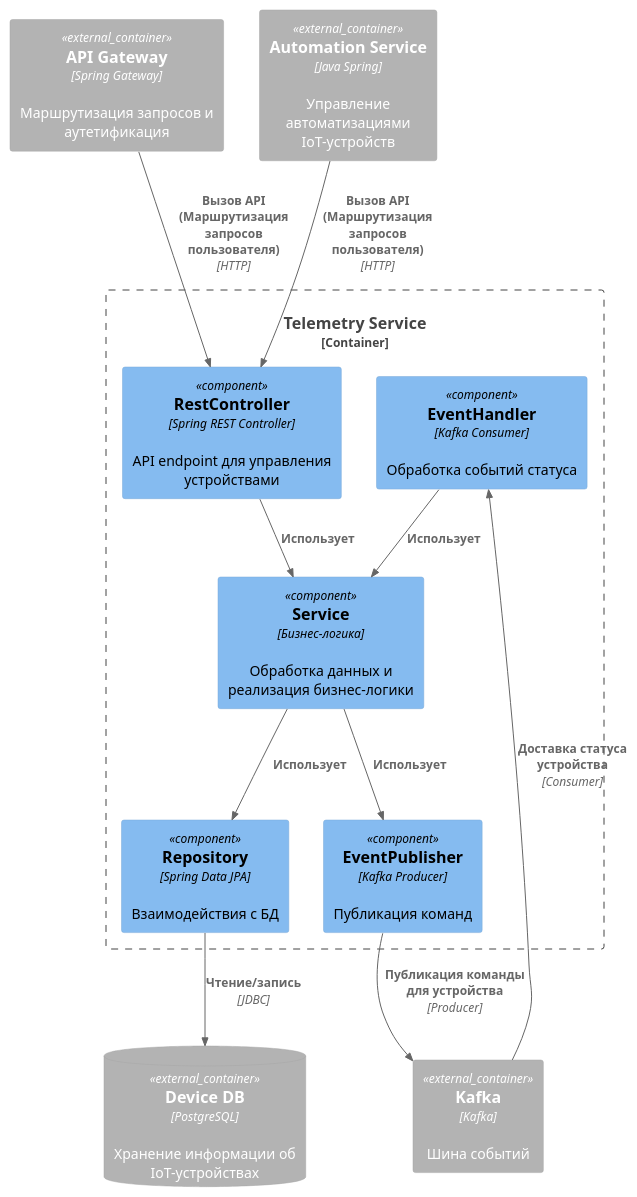
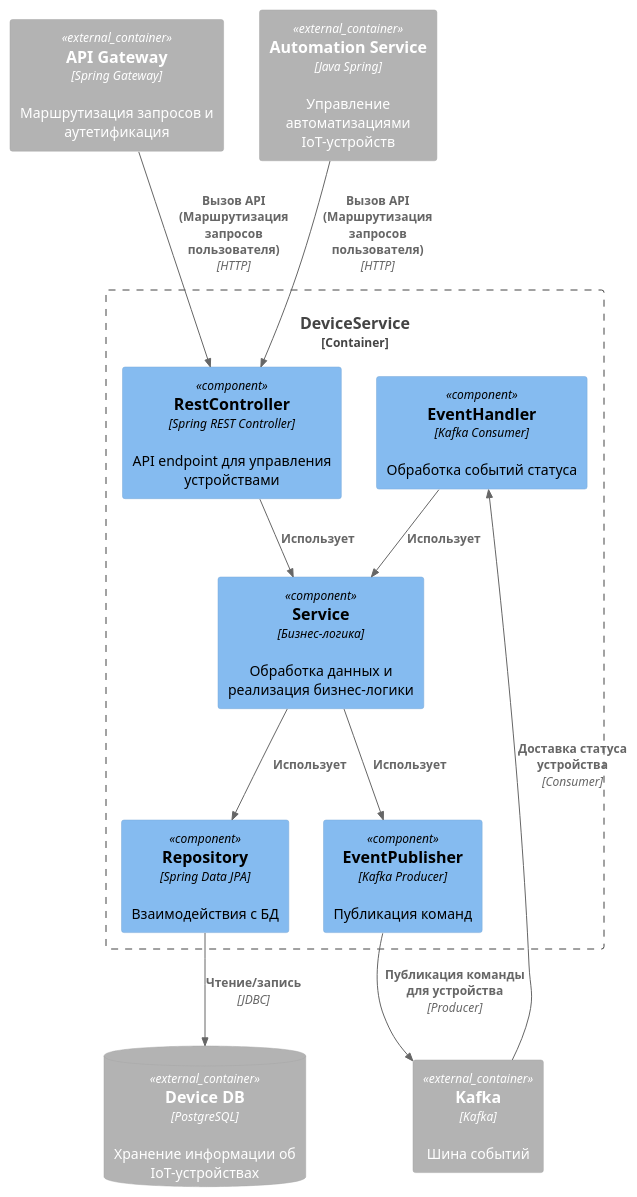
One commit to Maksina/Yandex-Practicum---Project-1 changed the diagram in schemas/components/device_service/components_deviceservice.plantuml. Above: the diagram before and after it, drawn with PlantUML. The commit also changed 8 other files, not shown here.

```diff
--- a/schemas/components/device_service/components_deviceservice.plantuml
+++ b/schemas/components/device_service/components_deviceservice.plantuml
@@ -1,29 +1,29 @@
 @startuml components
 
 !include  https://raw.githubusercontent.com/plantuml-stdlib/C4-PlantUML/master/C4_Component.puml
 
 Container_Ext(apigw, "API Gateway", "Spring Gateway", "Маршрутизация запросов и аутетификация")
 
-Container_Boundary(deviceService, "Telemetry Service"){
+Container_Boundary(deviceService, "DeviceService"){
     Component(controller, "RestController", "Spring REST Controller", "API endpoint для управления устройствами")
     Component(consumerHandler, "EventHandler", "Kafka Consumer", "Обработка событий статуса")
     Component(producer, "EventPublisher", "Kafka Producer", "Публикация команд")
     Component(service, "Service", "Бизнес-логика", "Обработка данных и реализация бизнес-логики")
     Component(repository, "Repository", "Spring Data JPA", "Взаимодействия с БД")
 }
 
 ContainerDb_Ext(devicedb, "Device DB", "PostgreSQL", "Хранение информации об IoT-устройствах")
 Container_Ext(automationService, "Automation Service", "Java Spring", "Управление автоматизациями IoT-устройств")
 Container_Ext(kafka, "Kafka", "Kafka", "Шина событий")
 
 Rel(automationService, controller, "Вызов API (Маршрутизация запросов пользователя)", "HTTP")
 Rel(apigw, controller, "Вызов API (Маршрутизация запросов пользователя)", "HTTP")
 Rel(kafka, consumerHandler, "Доставка статуса устройства", "Consumer")
 Rel(producer, kafka, "Публикация команды для устройства", "Producer")
 Rel(controller, service, "Использует")
 Rel(consumerHandler, service, "Использует")
 Rel(service, producer, "Использует")
 Rel(service, repository, "Использует")
 Rel(repository, devicedb, "Чтение/запись", "JDBC")
 
 @enduml 
```
